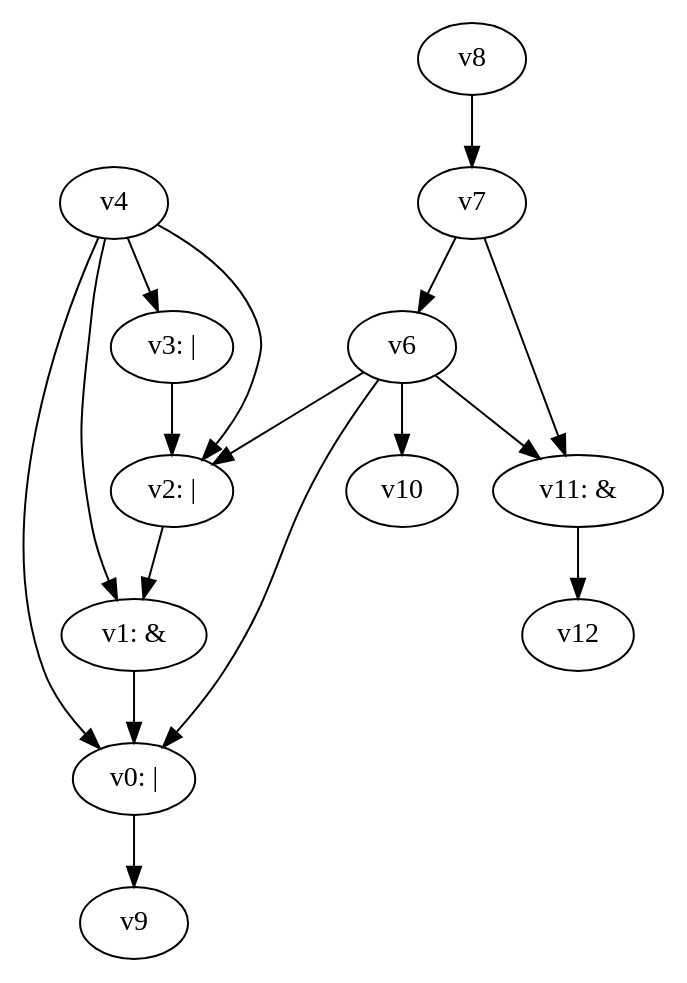
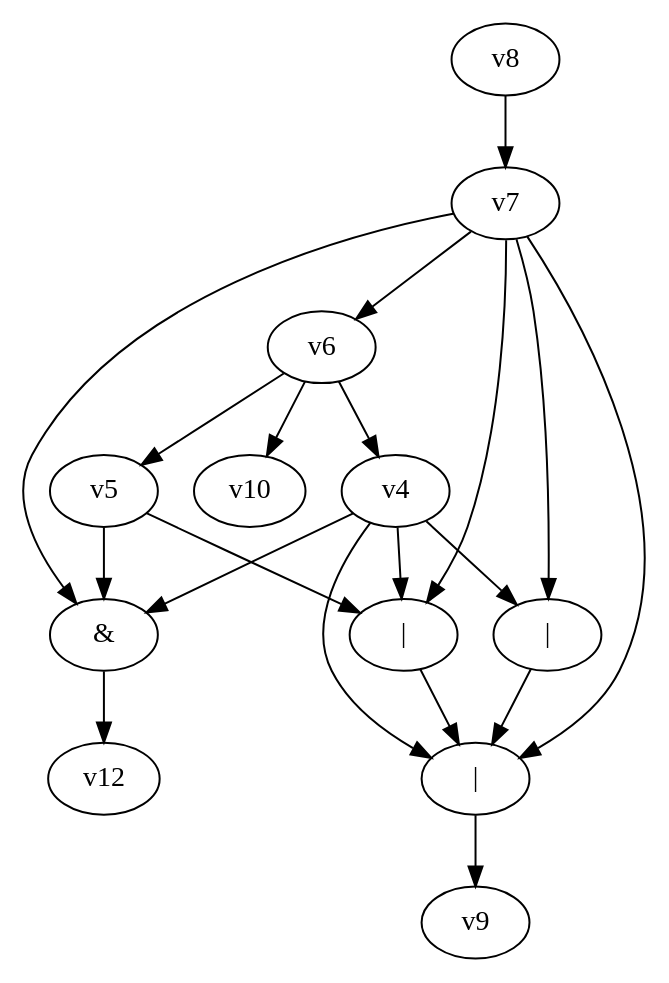
One commit to yadej/graph_project changed the diagram in dot_files/random_bool_circ.dot. Above: the diagram before and after it, drawn with Graphviz. The commit also changed 3 other files, not shown here.

```diff
--- a/dot_files/random_bool_circ.dot
+++ b/dot_files/random_bool_circ.dot
@@ -1,22 +1,24 @@
 digraph G { 
-v0 [label="v0: |"]; 
-v1 [label="v1: &"]; 
-v2 [label="v2: |"]; 
-v3 [label="v3: |"]; 
-v11 [label="v11: &"]; 
+v0 [label="|"]; 
+v1 [label="|"]; 
+v2 [label="|"]; 
+v11 [label="&"]; 
 v0 -> v9;
 v1 -> v0;
-v2 -> v1;
-v3 -> v2;
+v2 -> v0;
 v4 -> v0;
 v4 -> v1;
 v4 -> v2;
-v4 -> v3;
-v6 -> v0;
-v6 -> v2;
+v4 -> v11 -> v12;
+v5 -> v1;
+v5 -> v11;
+v6 -> v4;
+v6 -> v5;
 v6 -> v10;
-v6 -> v11 -> v12;
+v7 -> v0;
+v7 -> v1;
+v7 -> v2;
 v7 -> v6;
 v7 -> v11;
 v8 -> v7;
 }
```
